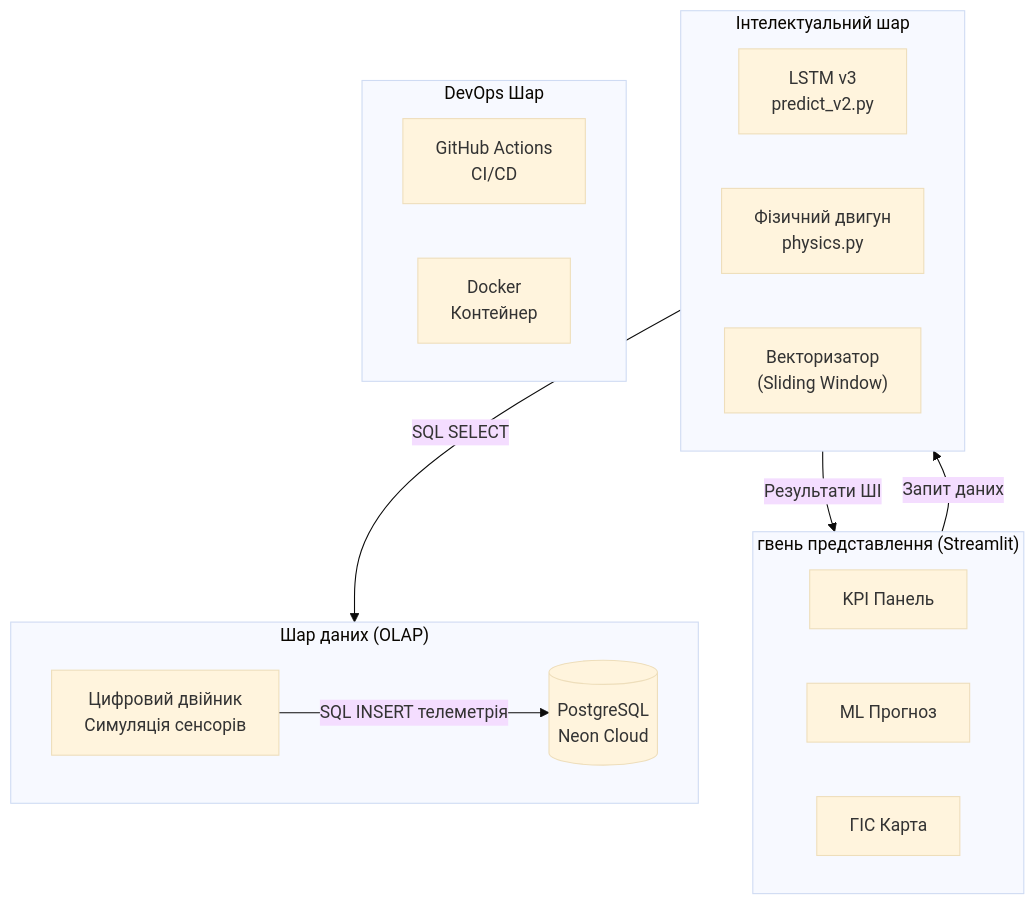
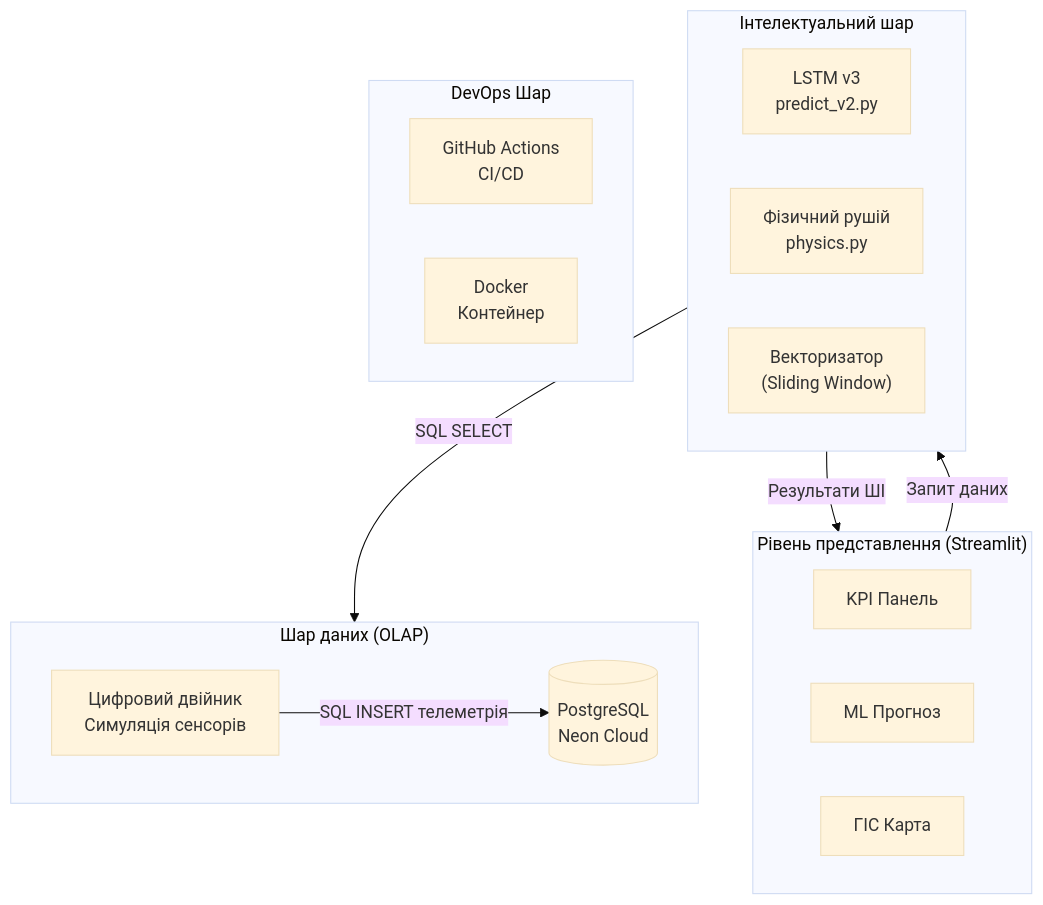
Before and after one commit to Lutvunenko-Dmutro/EnergyMonitor-OLAP: the seventh of 10 diagrams in docs/thesis/THESIS_FULL_FINAL_UTF8.md, drawn with Mermaid (base theme). The commit also changed other lines of this file and 16 other files, not shown here.

````diff
--- a/docs/thesis/THESIS_FULL_FINAL_UTF8.md
+++ b/docs/thesis/THESIS_FULL_FINAL_UTF8.md
@@ -787,33 +563,33 @@
 ```mermaid
 graph TB
-    subgraph UI["гвень представлення (Streamlit)"]
+    subgraph UI["Рівень представлення (Streamlit)"]
         direction LR
         A1["KPI Панель"]
         A2["ML Прогноз"]
         A3["ГІС Карта"]
     end
 
     subgraph CORE["Інтелектуальний шар"]
         direction LR
         B1["LSTM v3\npredict_v2.py"]
-        B3["Фізичний двигун\nphysics.py"]
+        B3["Фізичний рушій\nphysics.py"]
         B4["Векторизатор\n(Sliding Window)"]
     end
 
     subgraph DATA["Шар даних (OLAP)"]
         direction LR
         C1[("PostgreSQL\nNeon Cloud")]
         C3["Цифровий двійник\nСимуляція сенсорів"]
     end
 
     subgraph DEVOPS["DevOps Шар"]
         direction LR
         D1["GitHub Actions\nCI/CD"]
         D2["Docker\nКонтейнер"]
     end
 
     UI -->|"Запит даних"| CORE
     CORE -->|"SQL SELECT"| DATA
     C3 -->|"SQL INSERT телеметрія"| C1
     B1 -->|"Результати ШІ"| UI
 ```
````
